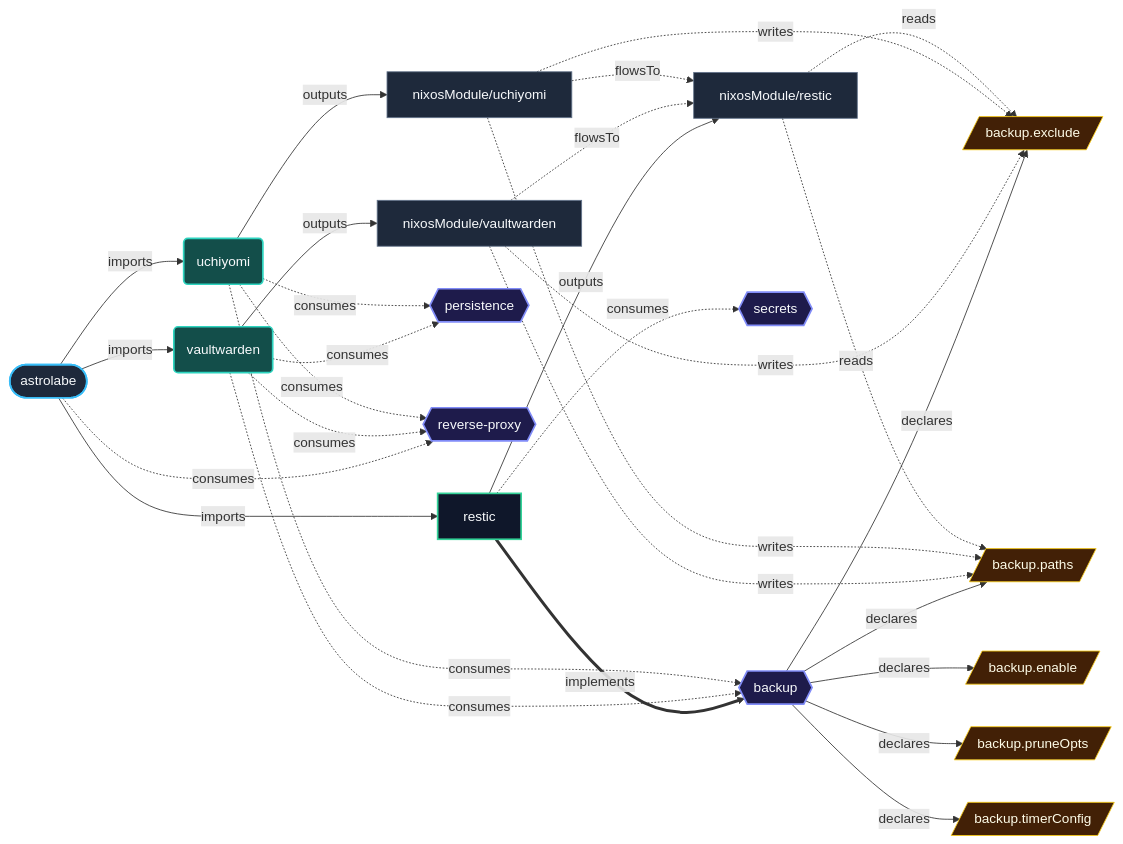
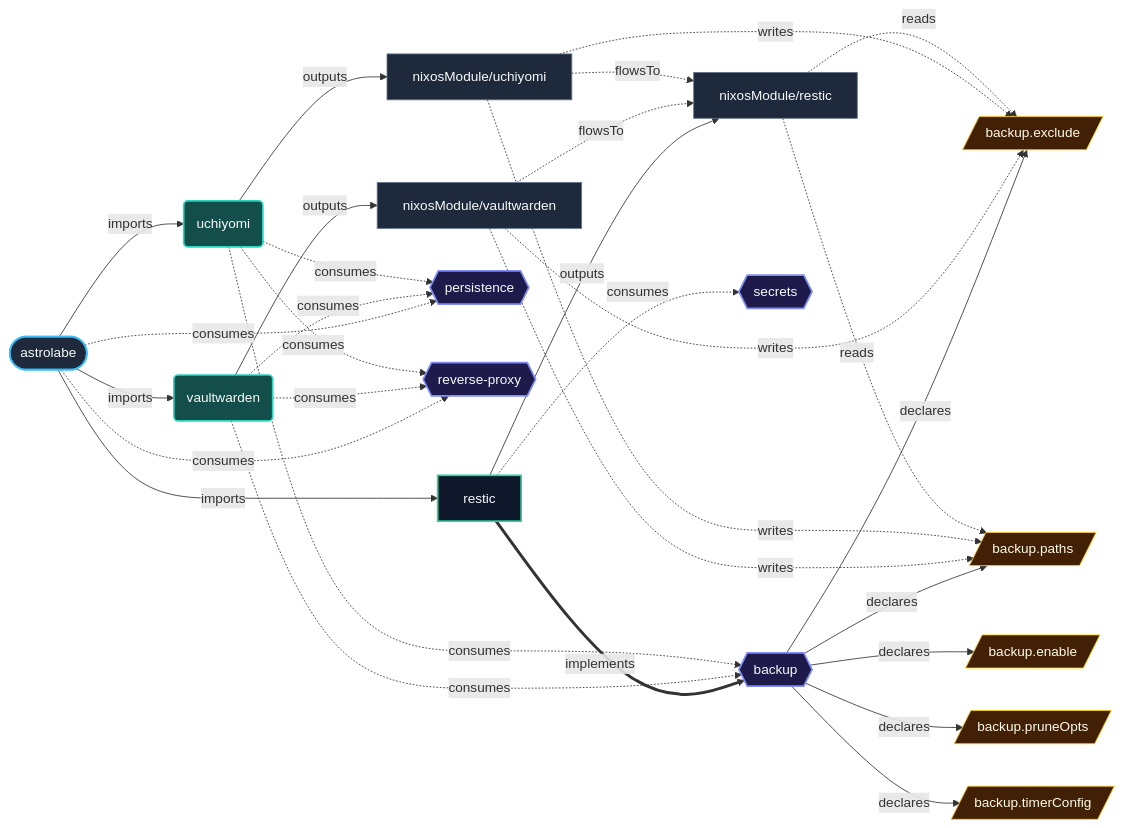
The diagram in docs/contracts/backup.md (LW-54/nixconf), drawn with Mermaid before and after one commit. The commit also changed 38 other files, not shown here.

````diff
--- a/docs/contracts/backup.md
+++ b/docs/contracts/backup.md
@@ -13,78 +13,79 @@
 ```mermaid
 flowchart LR
   urn__nixconf__ast__module__restic["nixosModule/restic"]:::defaultNode
     urn__nixconf__ast__module__uchiyomi["nixosModule/uchiyomi"]:::defaultNode
     urn__nixconf__ast__module__vaultwarden["nixosModule/vaultwarden"]:::defaultNode
     urn__nixconf__ast__option__backup_enable[/"backup.enable"/]:::optNode
     urn__nixconf__ast__option__backup_exclude[/"backup.exclude"/]:::optNode
     urn__nixconf__ast__option__backup_paths[/"backup.paths"/]:::optNode
     urn__nixconf__ast__option__backup_pruneOpts[/"backup.pruneOpts"/]:::optNode
     urn__nixconf__ast__option__backup_timerConfig[/"backup.timerConfig"/]:::optNode
     urn__nixconf__onto__contract__backup{{"backup"}}:::contractNode
     urn__nixconf__onto__contract__persistence{{"persistence"}}:::contractNode
     urn__nixconf__onto__contract__reverse_proxy{{"reverse-proxy"}}:::contractNode
     urn__nixconf__onto__contract__secrets{{"secrets"}}:::contractNode
     urn__nixconf__onto__feature__uchiyomi("uchiyomi"):::featureNode
     urn__nixconf__onto__feature__vaultwarden("vaultwarden"):::featureNode
     urn__nixconf__onto__host__astrolabe(["astrolabe"]):::hostNode
     urn__nixconf__onto__implementation__restic["restic"]:::implNode
 
     urn__nixconf__ast__module__restic -.->|reads| urn__nixconf__ast__option__backup_exclude
     urn__nixconf__ast__module__restic -.->|reads| urn__nixconf__ast__option__backup_paths
     urn__nixconf__ast__module__uchiyomi -.->|flowsTo| urn__nixconf__ast__module__restic
     urn__nixconf__ast__module__uchiyomi -.->|writes| urn__nixconf__ast__option__backup_exclude
     urn__nixconf__ast__module__uchiyomi -.->|writes| urn__nixconf__ast__option__backup_paths
     urn__nixconf__ast__module__vaultwarden -.->|flowsTo| urn__nixconf__ast__module__restic
     urn__nixconf__ast__module__vaultwarden -.->|writes| urn__nixconf__ast__option__backup_exclude
     urn__nixconf__ast__module__vaultwarden -.->|writes| urn__nixconf__ast__option__backup_paths
     urn__nixconf__onto__contract__backup -->|declares| urn__nixconf__ast__option__backup_enable
     urn__nixconf__onto__contract__backup -->|declares| urn__nixconf__ast__option__backup_exclude
     urn__nixconf__onto__contract__backup -->|declares| urn__nixconf__ast__option__backup_paths
     urn__nixconf__onto__contract__backup -->|declares| urn__nixconf__ast__option__backup_pruneOpts
     urn__nixconf__onto__contract__backup -->|declares| urn__nixconf__ast__option__backup_timerConfig
     urn__nixconf__onto__feature__uchiyomi -->|outputs| urn__nixconf__ast__module__uchiyomi
     urn__nixconf__onto__feature__uchiyomi -.->|consumes| urn__nixconf__onto__contract__backup
     urn__nixconf__onto__feature__uchiyomi -.->|consumes| urn__nixconf__onto__contract__persistence
     urn__nixconf__onto__feature__uchiyomi -.->|consumes| urn__nixconf__onto__contract__reverse_proxy
     urn__nixconf__onto__feature__vaultwarden -->|outputs| urn__nixconf__ast__module__vaultwarden
     urn__nixconf__onto__feature__vaultwarden -.->|consumes| urn__nixconf__onto__contract__backup
     urn__nixconf__onto__feature__vaultwarden -.->|consumes| urn__nixconf__onto__contract__persistence
     urn__nixconf__onto__feature__vaultwarden -.->|consumes| urn__nixconf__onto__contract__reverse_proxy
+    urn__nixconf__onto__host__astrolabe -.->|consumes| urn__nixconf__onto__contract__persistence
     urn__nixconf__onto__host__astrolabe -.->|consumes| urn__nixconf__onto__contract__reverse_proxy
     urn__nixconf__onto__host__astrolabe -->|imports| urn__nixconf__onto__feature__uchiyomi
     urn__nixconf__onto__host__astrolabe -->|imports| urn__nixconf__onto__feature__vaultwarden
     urn__nixconf__onto__host__astrolabe -->|imports| urn__nixconf__onto__implementation__restic
     urn__nixconf__onto__implementation__restic -->|outputs| urn__nixconf__ast__module__restic
     urn__nixconf__onto__implementation__restic -.->|consumes| urn__nixconf__onto__contract__secrets
     urn__nixconf__onto__implementation__restic ==>|implements| urn__nixconf__onto__contract__backup
 
 
     click urn__nixconf__ast__module__restic href "../modules/restic.md" "restic"
     click urn__nixconf__ast__module__uchiyomi href "../modules/uchiyomi.md" "uchiyomi"
     click urn__nixconf__ast__module__vaultwarden href "../modules/vaultwarden.md" "vaultwarden"
     click urn__nixconf__ast__option__backup_enable href "backup.md" "backup.enable"
     click urn__nixconf__ast__option__backup_exclude href "backup.md" "backup.exclude"
     click urn__nixconf__ast__option__backup_paths href "backup.md" "backup.paths"
     click urn__nixconf__ast__option__backup_pruneOpts href "backup.md" "backup.pruneOpts"
     click urn__nixconf__ast__option__backup_timerConfig href "backup.md" "backup.timerConfig"
     click urn__nixconf__onto__contract__backup href "backup.md" "backup"
     click urn__nixconf__onto__contract__persistence href "persistence.md" "persistence"
     click urn__nixconf__onto__contract__reverse_proxy href "reverse-proxy.md" "reverse-proxy"
     click urn__nixconf__onto__contract__secrets href "secrets.md" "secrets"
     click urn__nixconf__onto__feature__uchiyomi href "../features/uchiyomi.md" "uchiyomi"
     click urn__nixconf__onto__feature__vaultwarden href "../features/vaultwarden.md" "vaultwarden"
     click urn__nixconf__onto__host__astrolabe href "../hosts/astrolabe.md" "astrolabe"
     click urn__nixconf__onto__implementation__restic href "../implementations/restic.md" "restic"
 
   %% Semantic Visual Classes
   classDef hostNode fill:#1e293b,stroke:#38bdf8,stroke-width:2px,color:#f8fafc;
   classDef contractNode fill:#1e1b4b,stroke:#818cf8,stroke-width:2px,color:#f8fafc;
   classDef implNode fill:#0f172a,stroke:#34d399,stroke-width:2px,color:#f8fafc;
   classDef featureNode fill:#134e4a,stroke:#2dd4bf,stroke-width:2px,color:#f8fafc;
   classDef optNode fill:#422006,stroke:#facc15,stroke-width:1px,color:#fefce8;
   classDef typeNode fill:#3b0764,stroke:#c084fc,stroke-width:1px,color:#faf5ff;
   classDef pkgNode fill:#4c0519,stroke:#fb7185,stroke-width:1px,color:#fff1f2;
   classDef devShellNode fill:#451a03,stroke:#fb923c,stroke-width:1px,color:#fff7ed;
   classDef drvNode fill:#18181b,stroke:#a1a1aa,stroke-width:1px,color:#f4f4f5;
   classDef defaultNode fill:#1e293b,stroke:#64748b,stroke-width:1px,color:#f8fafc;
 ```
````
